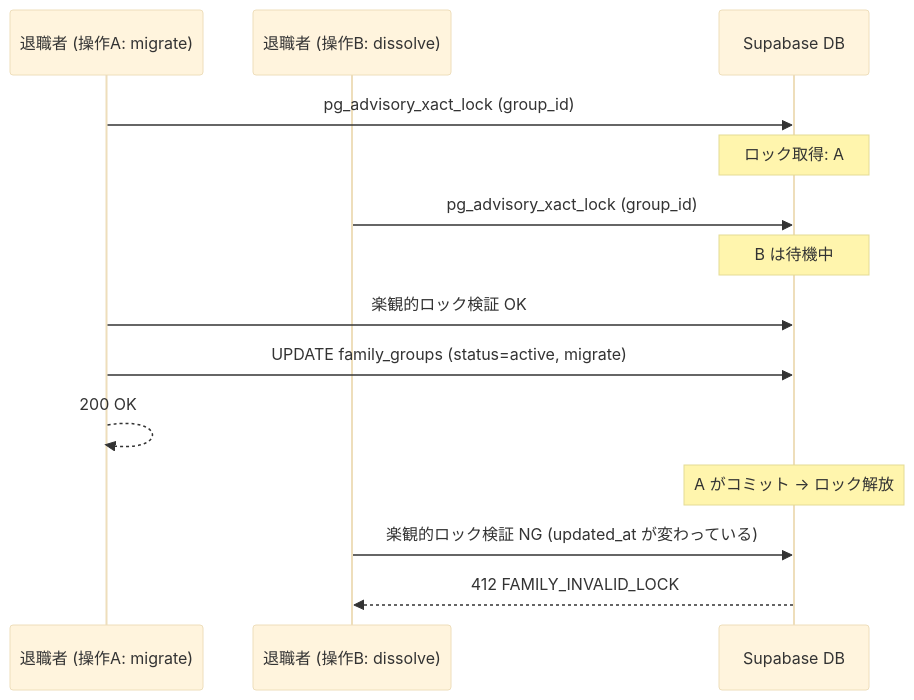
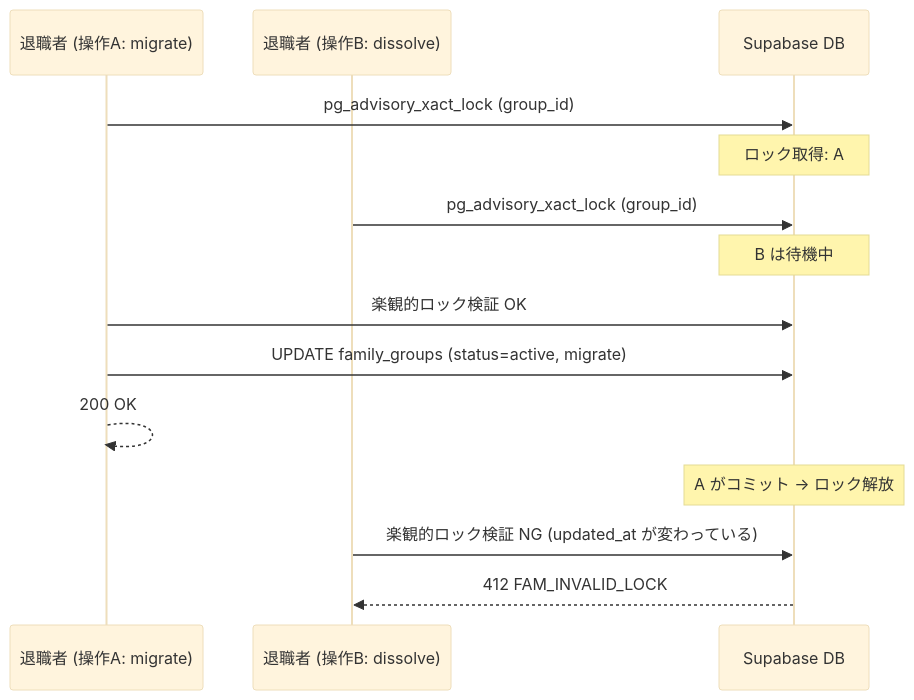
One commit to DaisukeHori/homegohan-app changed the first of 4 diagrams in docs/design/family/07-lifecycle.md. Above: the diagram before and after it, drawn with Mermaid (base theme). The commit also changed other lines of this file and 21 other files, not shown here.

````diff
--- a/docs/design/family/07-lifecycle.md
+++ b/docs/design/family/07-lifecycle.md
@@ -130,19 +130,19 @@
 ```mermaid
 sequenceDiagram
   participant A as 退職者 (操作A: migrate)
   participant B as 退職者 (操作B: dissolve)
   participant DB as Supabase DB
 
   A->>DB: pg_advisory_xact_lock (group_id)
   Note over DB: ロック取得: A
   B->>DB: pg_advisory_xact_lock (group_id)
   Note over DB: B は待機中
 
   A->>DB: 楽観的ロック検証 OK
   A->>DB: UPDATE family_groups (status=active, migrate)
   A-->>A: 200 OK
   Note over DB: A がコミット → ロック解放
 
   B->>DB: 楽観的ロック検証 NG (updated_at が変わっている)
-  DB-->>B: 412 FAMILY_INVALID_LOCK
+  DB-->>B: 412 FAM_INVALID_LOCK
 ```
````
